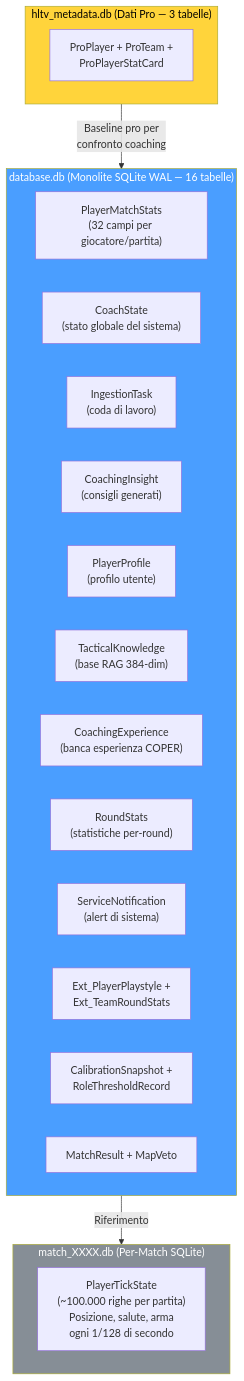
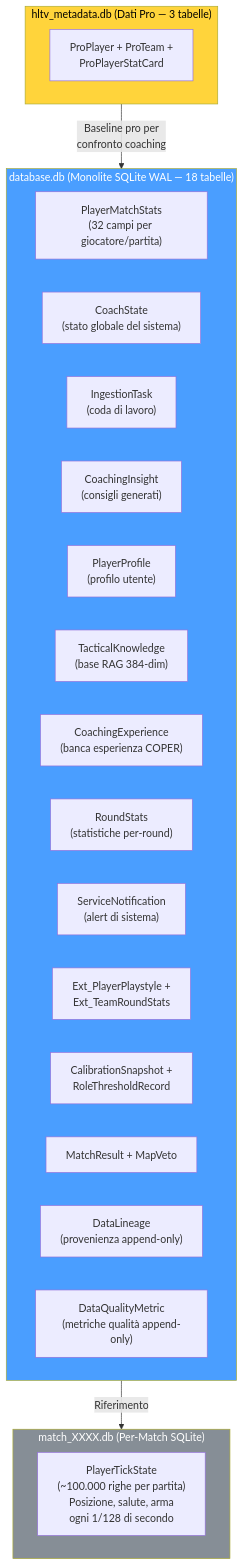
Diagram 23 of 55 in docs/Book-Coach-3.md (renanaugustomacena-ux/Counter-Strike-coach-AI), drawn with Mermaid before and after one commit. The commit also changed other lines of this file and 1 other file, not shown here.

````diff
--- a/docs/Book-Coach-3.md
+++ b/docs/Book-Coach-3.md
@@ -1218,29 +1300,31 @@
 ```mermaid
 flowchart TB
-    subgraph T12["database.db (Monolite SQLite WAL — 16 tabelle)"]
+    subgraph T12["database.db (Monolite SQLite WAL — 18 tabelle)"]
         PMS["PlayerMatchStats<br/>(32 campi per giocatore/partita)"]
         CS["CoachState<br/>(stato globale del sistema)"]
         IT["IngestionTask<br/>(coda di lavoro)"]
         CI["CoachingInsight<br/>(consigli generati)"]
         PP["PlayerProfile<br/>(profilo utente)"]
         TK["TacticalKnowledge<br/>(base RAG 384-dim)"]
         CE["CoachingExperience<br/>(banca esperienza COPER)"]
         RS["RoundStats<br/>(statistiche per-round)"]
         SN["ServiceNotification<br/>(alert di sistema)"]
         EXT["Ext_PlayerPlaystyle +<br/>Ext_TeamRoundStats"]
         CALIB_ST["CalibrationSnapshot +<br/>RoleThresholdRecord"]
         MATCH_ST["MatchResult + MapVeto"]
+        DL_ST["DataLineage<br/>(provenienza append-only)"]
+        DQM_ST["DataQualityMetric<br/>(metriche qualità append-only)"]
     end
     subgraph T_HLTV["hltv_metadata.db (Dati Pro — 3 tabelle)"]
         PRO["ProPlayer + ProTeam +<br/>ProPlayerStatCard"]
     end
     subgraph T3["match_XXXX.db (Per-Match SQLite)"]
         PTS["PlayerTickState<br/>(~100.000 righe per partita)<br/>Posizione, salute, arma<br/>ogni 1/128 di secondo"]
     end
     T12 -->|"Riferimento"| T3
     T_HLTV -->|"Baseline pro per<br/>confronto coaching"| T12
 
     style T12 fill:#4a9eff,color:#fff
     style T_HLTV fill:#ffd43b,color:#000
     style T3 fill:#868e96,color:#fff
 ```
````
